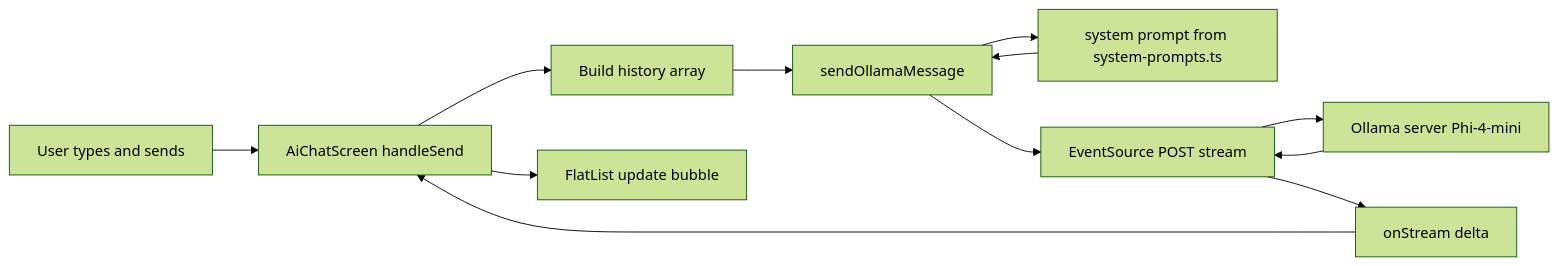
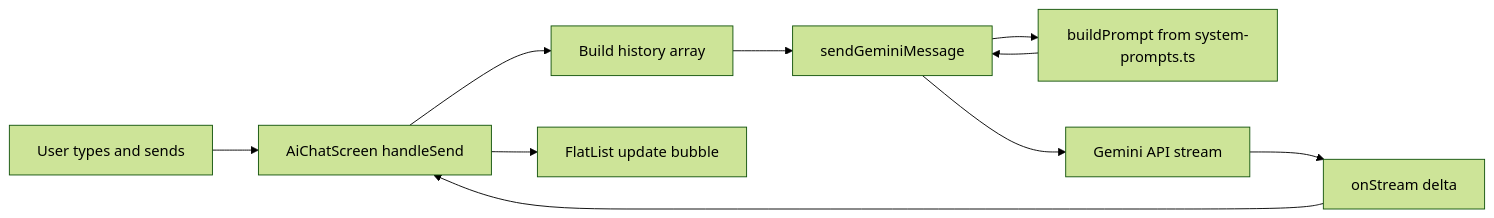
The second of 2 diagrams in PROJECT_SUMMARY.md (syrusdhark/hira-RN-web-testing), drawn with Mermaid (forest theme) before and after one commit. The commit also changed other lines of this file and 13 other files, not shown here.

````diff
--- a/PROJECT_SUMMARY.md
+++ b/PROJECT_SUMMARY.md
@@ -267,14 +227,12 @@
 ```mermaid
 flowchart LR
   User[User types and sends] --> AiChat[AiChatScreen handleSend]
   AiChat --> History[Build history array]
-  History --> Ollama[sendOllamaMessage]
-  Ollama --> System[system prompt from system-prompts.ts]
-  System --> Ollama
-  Ollama --> SSE[EventSource POST stream]
-  SSE --> OllamaSvc[Ollama server Phi-4-mini]
-  OllamaSvc --> SSE
-  SSE --> OnStream[onStream delta]
+  History --> Gemini[sendGeminiMessage]
+  Gemini --> Build[buildPrompt from system-prompts.ts]
+  Build --> Gemini
+  Gemini --> API[Gemini API stream]
+  API --> OnStream[onStream delta]
   OnStream --> AiChat
   AiChat --> FlatList[FlatList update bubble]
 ```
````
